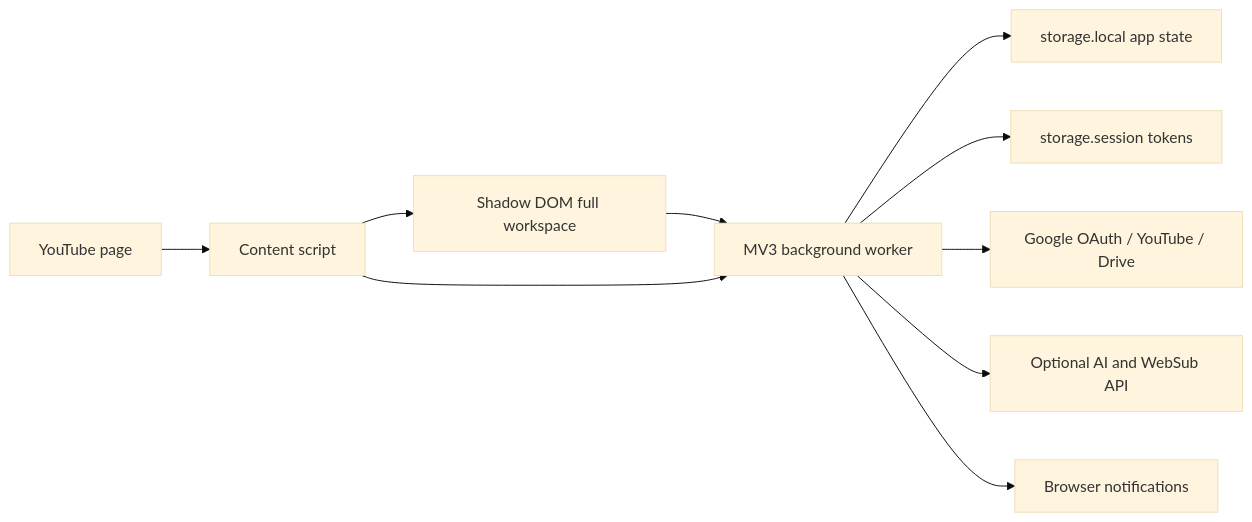
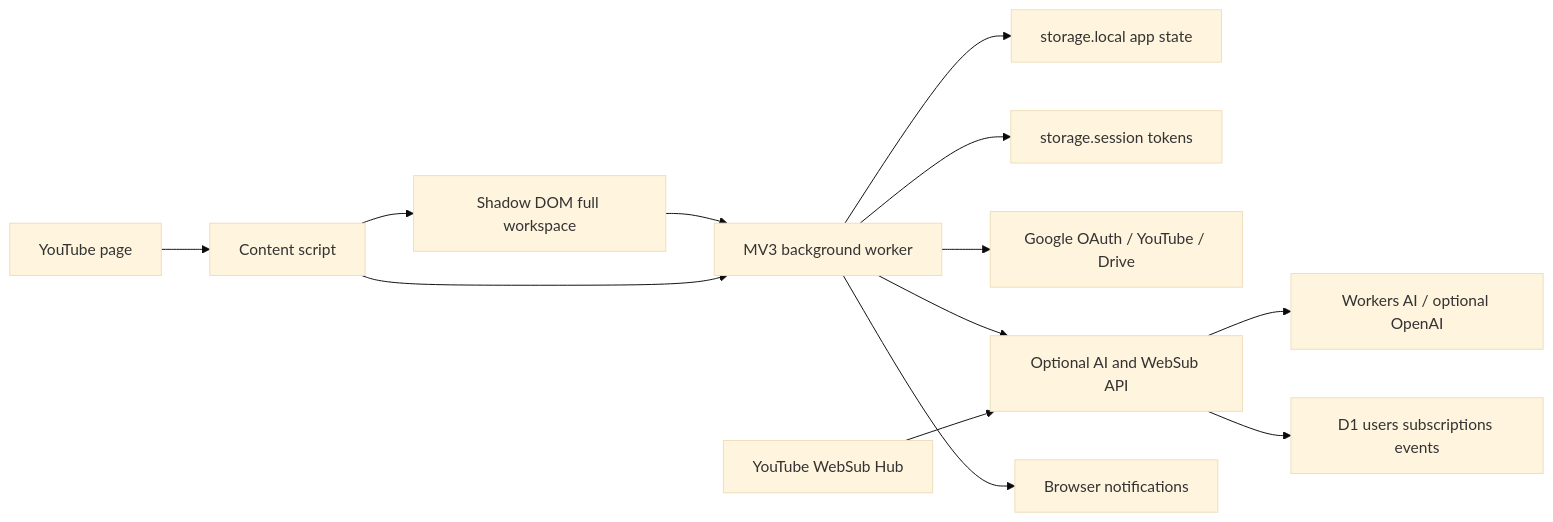
The diagram in docs/ARCHITECTURE.md (tvqqq/yutupe), drawn with Mermaid (base theme) before and after one commit. The commit also changed other lines of this file and 21 other files, not shown here.

````diff
--- a/docs/ARCHITECTURE.md
+++ b/docs/ARCHITECTURE.md
@@ -3,12 +3,15 @@
 ```mermaid
 flowchart LR
   Y[YouTube page] --> C[Content script]
   C --> W[Shadow DOM full workspace]
   W --> B[MV3 background worker]
   C --> B
   B --> L[storage.local app state]
   B --> S[storage.session tokens]
   B --> G[Google OAuth / YouTube / Drive]
   B --> API[Optional AI and WebSub API]
   B --> N[Browser notifications]
+  API --> O[Workers AI / optional OpenAI]
+  API --> D[D1 users subscriptions events]
+  H[YouTube WebSub Hub] --> API
 ```
````
